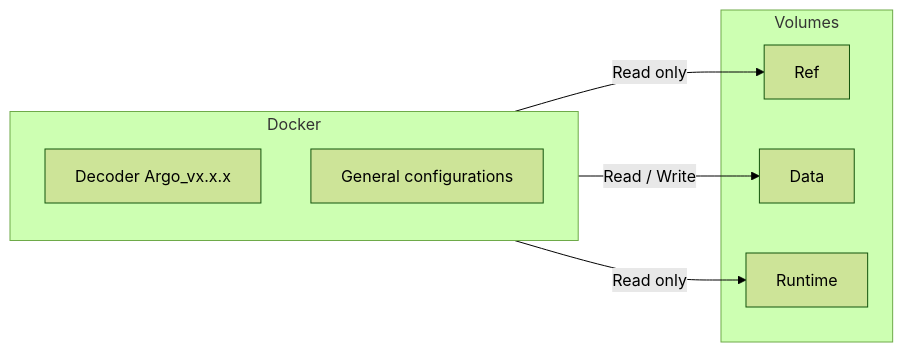
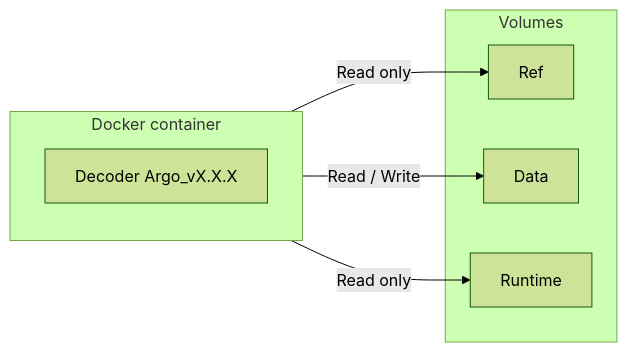
One commit to euroargodev/Coriolis-data-processing-chain-for-Argo-floats-demo changed the diagram in README.md. Above: the diagram before and after it, drawn with Mermaid (forest theme). The commit also changed other lines of this file, not shown here.

Commit message:
update mermaid

````diff
--- a/README.md
+++ b/README.md
@@ -5,18 +5,17 @@
 ```mermaid
 graph LR
    
-      subgraph Docker[Docker]
-            Argo-decoder[Decoder Argo_vx.x.x]
-            Argo-config[General configurations]
+      subgraph Docker[Docker container]
+            Argo-decoder[Decoder Argo_vX.X.X]
       end
     
       subgraph Volumes[Volumes]
             Ref[Ref]
             Data[Data]
             Runtime[Runtime]
       end
 
       Docker -- Read only --> Ref
       Docker -- Read only --> Runtime
       Docker -- Read / Write --> Data
 ```
````
